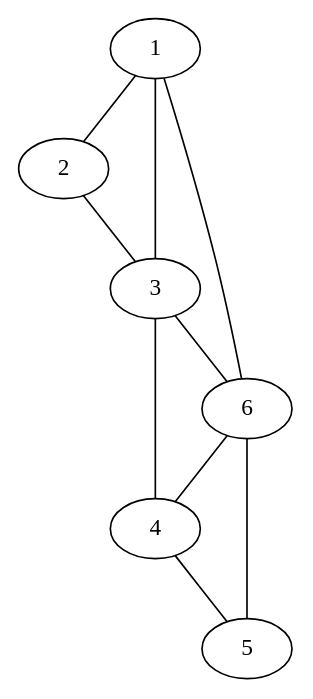
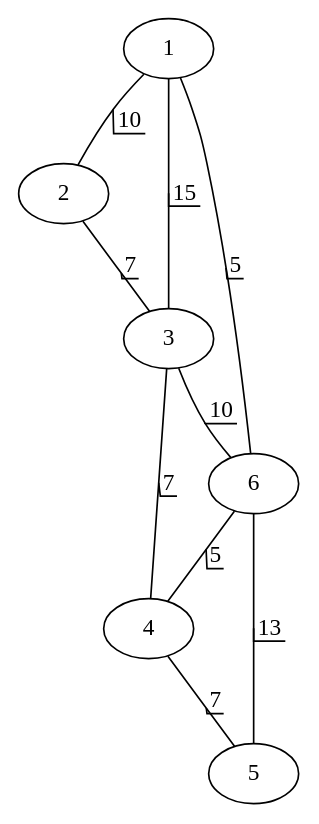
One commit to zfechko/Comp-Sci-215 changed the diagram in Micro Assignments/MA 7 Graph Practice/q1.gv. Above: the diagram before and after it, drawn with Graphviz. The commit also changed 6 other files, not shown here.

```diff
--- a/Micro Assignments/MA 7 Graph Practice/q1.gv
+++ b/Micro Assignments/MA 7 Graph Practice/q1.gv
@@ -1,11 +1,11 @@
 graph {
-    1 -- 2 [weight=10]
-    1 -- 3 [weight=15]
-    1 -- 6 [weight=5]
-    2 -- 3 [weight=7]
-    3 -- 4 [weight=7]
-    3 -- 6 [weight=10]
-    4 -- 5 [weight=7]
-    6 -- 4 [weight=5]
-    5 -- 6 [weight=13]
+    1 -- 2 [weight=10, label="10", decorate=True]
+    1 -- 3 [weight=15, label="15", decorate=True]
+    1 -- 6 [weight=5, label="5", decorate=True]
+    2 -- 3 [weight=7, label="7", decorate=True]
+    3 -- 4 [weight=7, label="7", decorate=True]
+    3 -- 6 [weight=10, label="10", decorate=True]
+    4 -- 5 [weight=7, label="7", decorate=True]
+    6 -- 4 [weight=5, label="5", decorate=True]
+    5 -- 6 [weight=13, label="13", decorate=True]
 }
```
